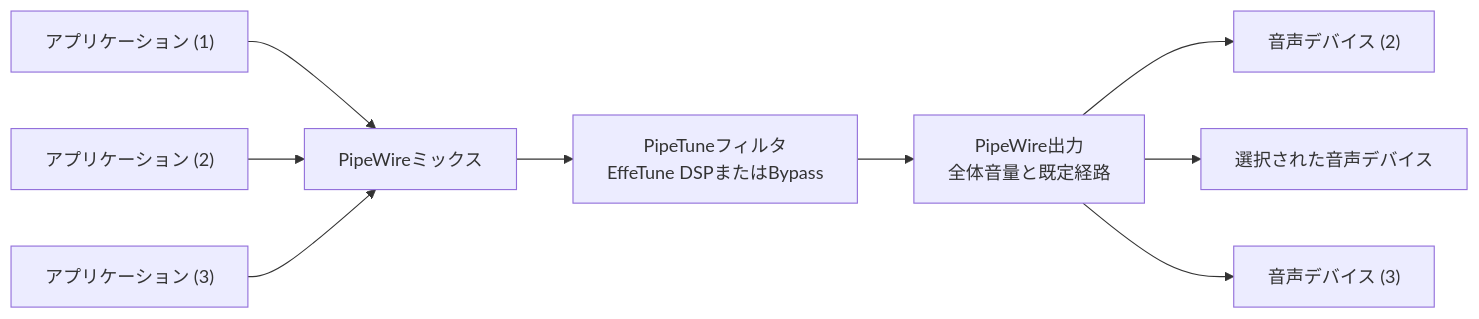
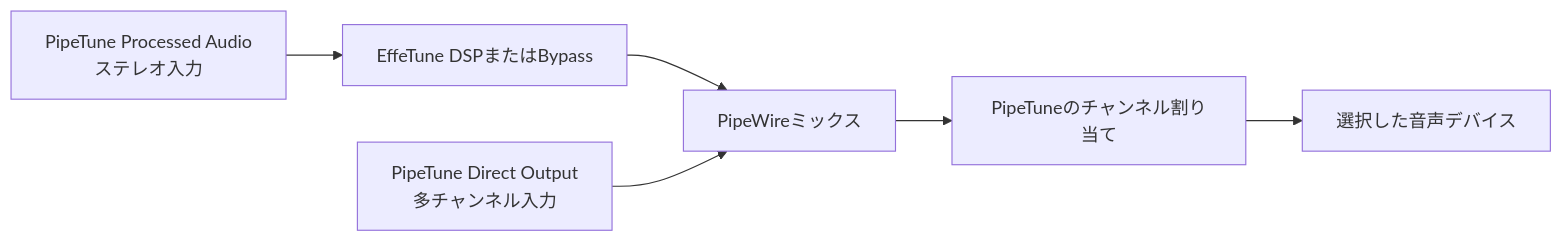
One commit to kekyo/pipetune changed the diagram in README_ja.md. Above: the diagram before and after it, drawn with Mermaid. The commit also changed other lines of this file and 2 other files, not shown here.

Commit message:
doc: describe Processed and Direct output paths

````diff
--- a/README_ja.md
+++ b/README_ja.md
@@ -147,21 +147,13 @@
 ```mermaid
 flowchart LR
-    apps1["アプリケーション (1)"]
-    apps2["アプリケーション (2)"]
-    apps3["アプリケーション (3)"]
+    processed["PipeTune Processed Audio<br/>ステレオ入力"]
+    dsp["EffeTune DSPまたはBypass"]
+    direct["PipeTune Direct Output<br/>多チャンネル入力"]
     mix["PipeWireミックス"]
-    tune["PipeTuneフィルタ<br/>EffeTune DSPまたはBypass"]
-    output["PipeWire出力<br/>全体音量と既定経路"]
-    device["選択された音声デバイス"]
-    device2["音声デバイス (2)"]
-    device3["音声デバイス (3)"]
+    mapping["PipeTuneのチャンネル割り当て"]
+    devices["選択した音声デバイス"]
 
-    apps1 --> mix
-    apps2 --> mix
-    apps3 --> mix
-    mix --> tune
-    tune --> output
-    output --> device2
-    output --> device
-    output --> device3
+    processed --> dsp --> mix
+    direct --> mix
+    mix --> mapping --> devices
 ```
````
